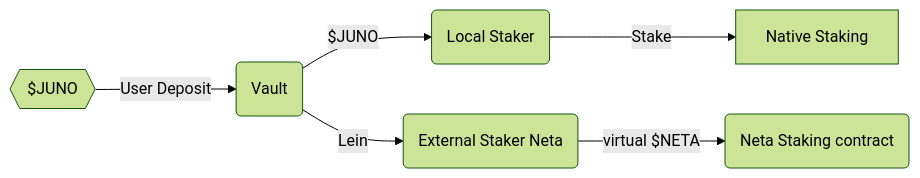
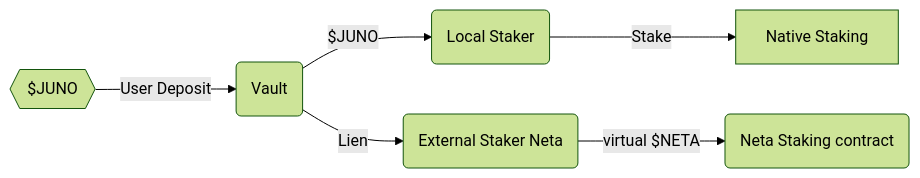
One commit to 0xVov5/mesh changed the second of 3 diagrams in docs/provider/Provider.md. Above: the diagram before and after it, drawn with Mermaid. The commit also changed other lines of this file and 2 other files, not shown here.

Commit message:
Rename Lein -> Lien

````diff
--- a/docs/provider/Provider.md
+++ b/docs/provider/Provider.md
@@ -115,9 +115,9 @@
 ```mermaid
 flowchart LR
   %%{init: {'theme': 'forest'}}%%
   A{{$JUNO}} -- User Deposit --> B(Vault);
   B -- $JUNO --> C(Local Staker);
   C -- Stake --> D[Native Staking]
-  B -- Lein --> E(External Staker Neta);
+  B -- Lien --> E(External Staker Neta);
   E -- virtual $NETA --> F(Neta Staking contract);
 ```
````
